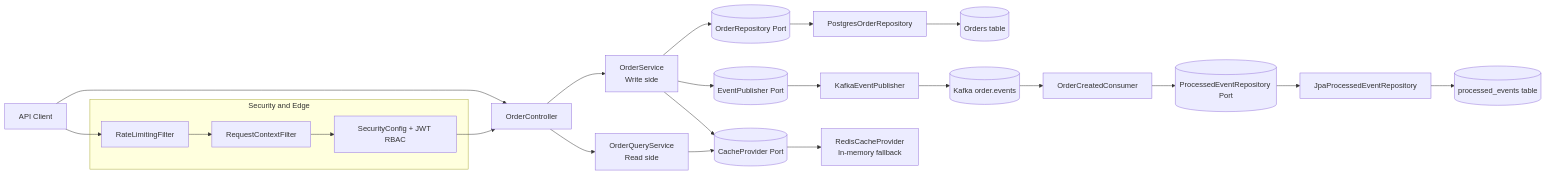
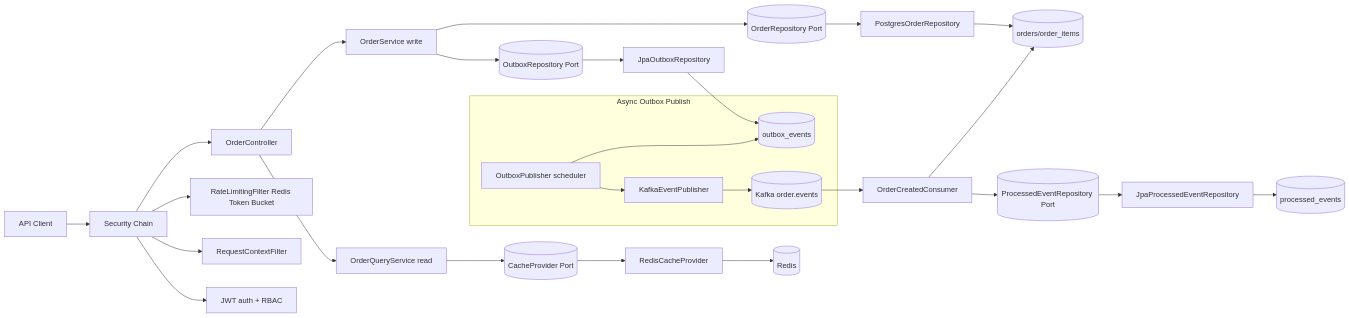
One commit to AbhinavT09/OrderProcessingSystem changed the first of 3 diagrams in docs/index.md. Above: the diagram before and after it, drawn with Mermaid. The commit also changed other lines of this file and 25 other files, not shown here.

Commit message:
implement redis and outbox pattern

````diff
--- a/docs/index.md
+++ b/docs/index.md
@@ -21,31 +20,36 @@
 ```mermaid
 flowchart LR
-    Client[API Client] --> API[OrderController]
-    API --> WS[OrderService\nWrite side]
-    API --> QS[OrderQueryService\nRead side]
+    Client[API Client] --> SEC[Security Chain]
+    SEC --> API[OrderController]
 
-    WS --> OR[(OrderRepository Port)]
-    OR --> PR[PostgresOrderRepository]
-    PR --> DB[(Orders table)]
+    API --> WS[OrderService write]
+    API --> QS[OrderQueryService read]
 
-    WS --> EP[(EventPublisher Port)]
-    EP --> KP[KafkaEventPublisher]
-    KP --> K[(Kafka order.events)]
+    WS --> ORD[(OrderRepository Port)]
+    ORD --> JPA[PostgresOrderRepository]
+    JPA --> DB[(orders/order_items)]
+
+    WS --> OUT[(OutboxRepository Port)]
+    OUT --> OUTJPA[JpaOutboxRepository]
+    OUTJPA --> ODB[(outbox_events)]
+
+    subgraph Async Outbox Publish
+      PUB[OutboxPublisher scheduler] --> ODB
+      PUB --> KEP[KafkaEventPublisher]
+      KEP --> K[(Kafka order.events)]
+    end
 
     K --> KC[OrderCreatedConsumer]
-    KC --> PER[(ProcessedEventRepository Port)]
-    PER --> JPR[JpaProcessedEventRepository]
-    JPR --> PDB[(processed_events table)]
+    KC --> PR[(ProcessedEventRepository Port)]
+    PR --> PRJPA[JpaProcessedEventRepository]
+    PRJPA --> PDB[(processed_events)]
+    KC --> DB
 
-    WS --> CP[(CacheProvider Port)]
-    QS --> CP
-    CP --> RC[RedisCacheProvider\nIn-memory fallback]
+    QS --> CP[(CacheProvider Port)]
+    CP --> RCP[RedisCacheProvider]
+    RCP --> REDIS[(Redis)]
 
-    subgraph Security and Edge
-      RQ[RequestContextFilter]
-      RL[RateLimitingFilter]
-      SEC[SecurityConfig + JWT RBAC]
-    end
-
-    Client --> RL --> RQ --> SEC --> API
+    SEC --> RL[RateLimitingFilter Redis Token Bucket]
+    SEC --> RC[RequestContextFilter]
+    SEC --> JWT[JWT auth + RBAC]
 ```
````
